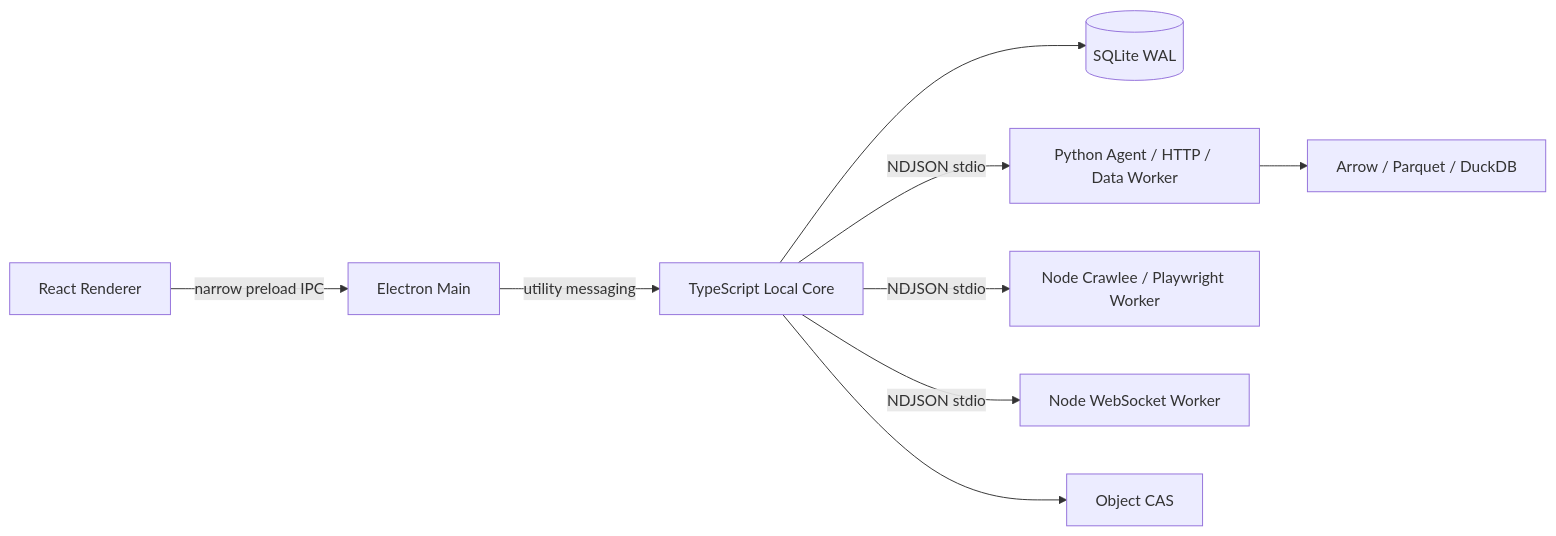
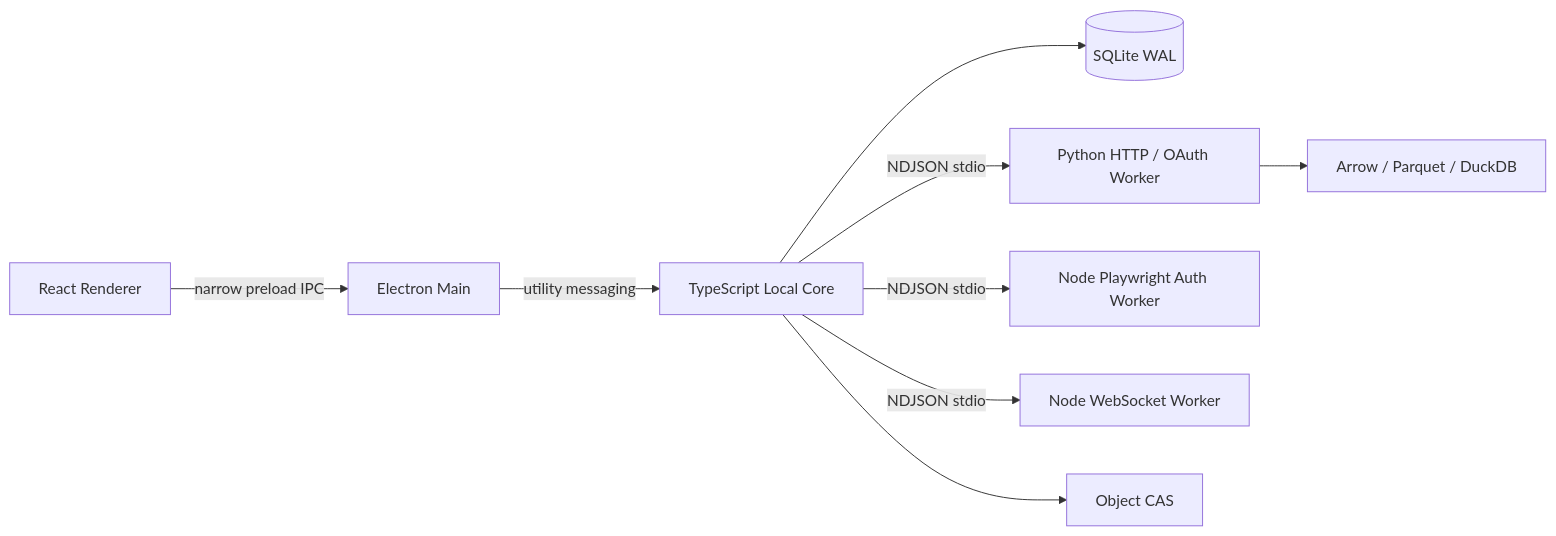
The diagram in docs/architecture/typescript-python-local-runtime.md (YFBY-Java/bili-monitor-desktop), drawn with Mermaid before and after one commit. The commit also changed other lines of this file and 170 other files, not shown here.

````diff
--- a/docs/architecture/typescript-python-local-runtime.md
+++ b/docs/architecture/typescript-python-local-runtime.md
@@ -5,11 +5,11 @@
 ```mermaid
 flowchart LR
   UI[React Renderer] -->|narrow preload IPC| MAIN[Electron Main]
   MAIN -->|utility messaging| CORE[TypeScript Local Core]
   CORE --> SQLITE[(SQLite WAL)]
-  CORE -->|NDJSON stdio| PY[Python Agent / HTTP / Data Worker]
-  CORE -->|NDJSON stdio| BROWSER[Node Crawlee / Playwright Worker]
+  CORE -->|NDJSON stdio| PY[Python HTTP / OAuth Worker]
+  CORE -->|NDJSON stdio| BROWSER[Node Playwright Auth Worker]
   CORE -->|NDJSON stdio| REALTIME[Node WebSocket Worker]
   PY --> PARQUET[Arrow / Parquet / DuckDB]
   CORE --> CAS[Object CAS]
 ```
````
